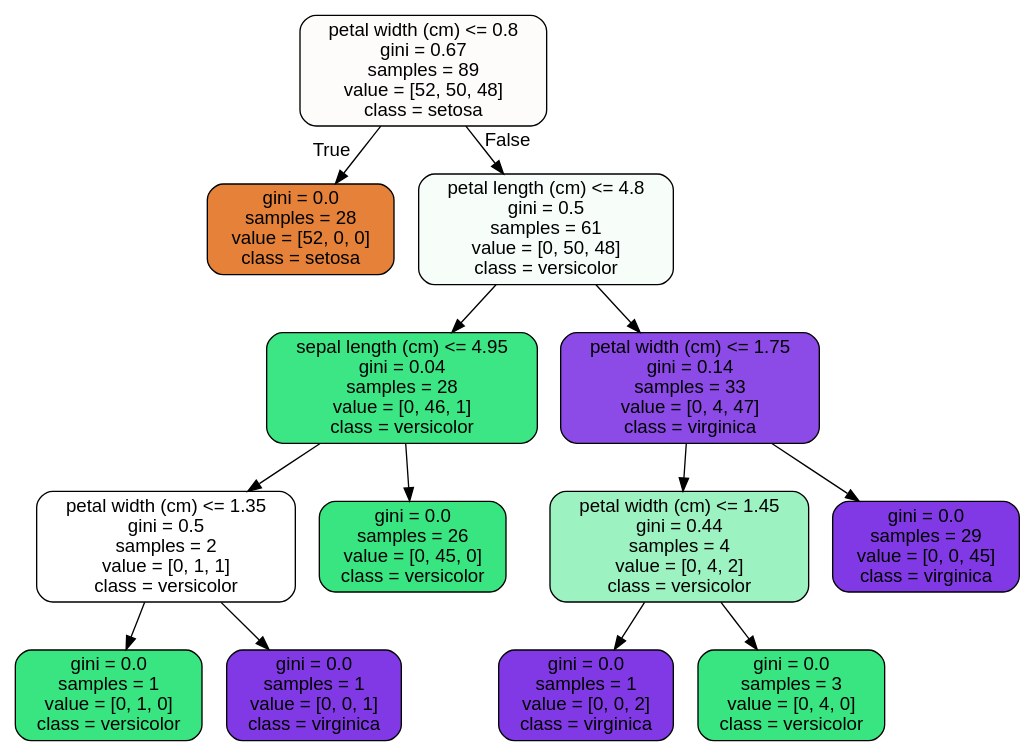
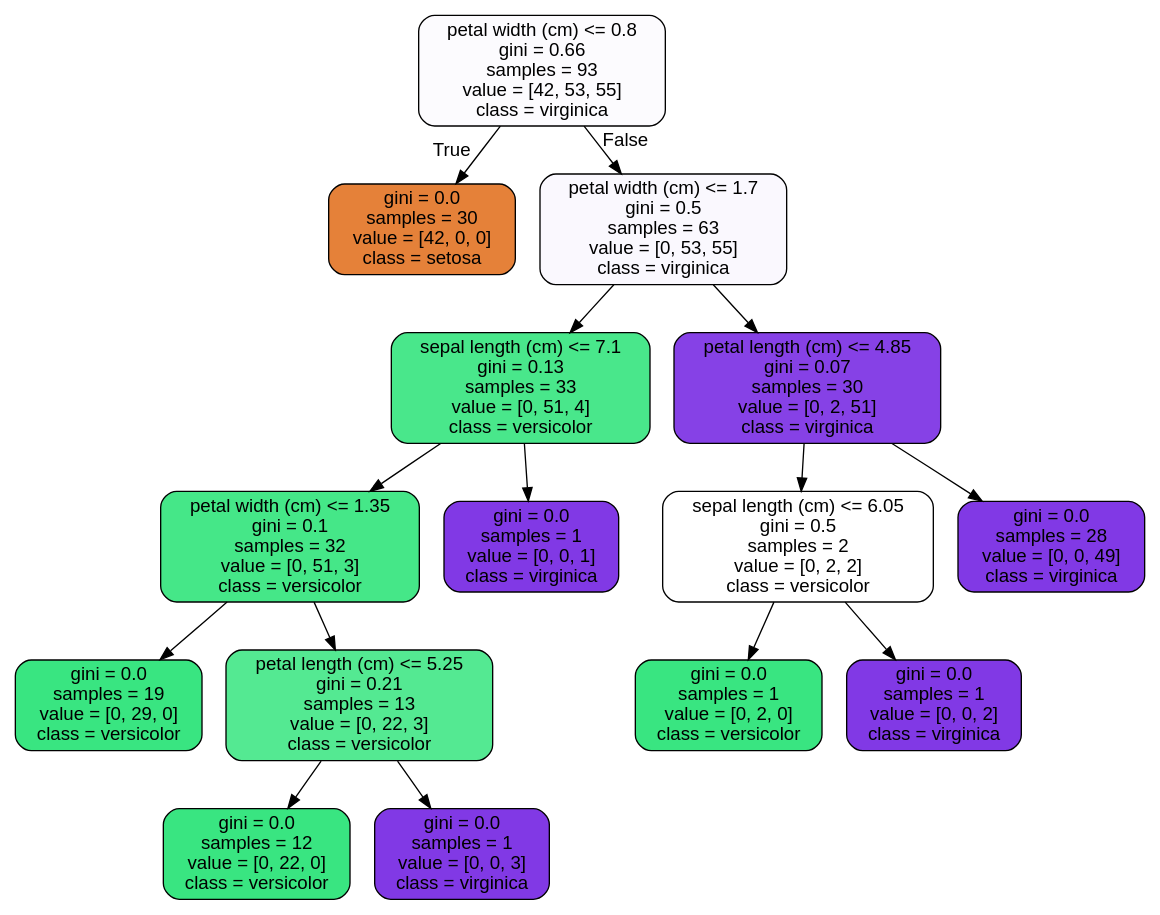
Before and after one commit to Seismic-Striker/Springboard_and_Datacamp: the diagram in 14 Supervised Learning/RandomForest_Covid_Case_Study/tree.dot, drawn with Graphviz. The commit also changed 13 other files, not shown here.

```diff
--- a/14 Supervised Learning/RandomForest_Covid_Case_Study/tree.dot
+++ b/14 Supervised Learning/RandomForest_Covid_Case_Study/tree.dot
@@ -1,29 +1,33 @@
 digraph Tree {
 node [shape=box, style="filled, rounded", color="black", fontname="helvetica"] ;
 edge [fontname="helvetica"] ;
-0 [label="petal width (cm) <= 0.8\ngini = 0.67\nsamples = 89\nvalue = [52, 50, 48]\nclass = setosa", fillcolor="#fefcfb"] ;
-1 [label="gini = 0.0\nsamples = 28\nvalue = [52, 0, 0]\nclass = setosa", fillcolor="#e58139"] ;
+0 [label="petal width (cm) <= 0.8\ngini = 0.66\nsamples = 93\nvalue = [42, 53, 55]\nclass = virginica", fillcolor="#fcfbfe"] ;
+1 [label="gini = 0.0\nsamples = 30\nvalue = [42, 0, 0]\nclass = setosa", fillcolor="#e58139"] ;
 0 -> 1 [labeldistance=2.5, labelangle=45, headlabel="True"] ;
-2 [label="petal length (cm) <= 4.8\ngini = 0.5\nsamples = 61\nvalue = [0, 50, 48]\nclass = versicolor", fillcolor="#f7fefa"] ;
+2 [label="petal width (cm) <= 1.7\ngini = 0.5\nsamples = 63\nvalue = [0, 53, 55]\nclass = virginica", fillcolor="#faf8fe"] ;
 0 -> 2 [labeldistance=2.5, labelangle=-45, headlabel="False"] ;
-3 [label="sepal length (cm) <= 4.95\ngini = 0.04\nsamples = 28\nvalue = [0, 46, 1]\nclass = versicolor", fillcolor="#3de684"] ;
+3 [label="sepal length (cm) <= 7.1\ngini = 0.13\nsamples = 33\nvalue = [0, 51, 4]\nclass = versicolor", fillcolor="#49e78b"] ;
 2 -> 3 ;
-4 [label="petal width (cm) <= 1.35\ngini = 0.5\nsamples = 2\nvalue = [0, 1, 1]\nclass = versicolor", fillcolor="#ffffff"] ;
+4 [label="petal width (cm) <= 1.35\ngini = 0.1\nsamples = 32\nvalue = [0, 51, 3]\nclass = versicolor", fillcolor="#45e788"] ;
 3 -> 4 ;
-5 [label="gini = 0.0\nsamples = 1\nvalue = [0, 1, 0]\nclass = versicolor", fillcolor="#39e581"] ;
+5 [label="gini = 0.0\nsamples = 19\nvalue = [0, 29, 0]\nclass = versicolor", fillcolor="#39e581"] ;
 4 -> 5 ;
-6 [label="gini = 0.0\nsamples = 1\nvalue = [0, 0, 1]\nclass = virginica", fillcolor="#8139e5"] ;
+6 [label="petal length (cm) <= 5.25\ngini = 0.21\nsamples = 13\nvalue = [0, 22, 3]\nclass = versicolor", fillcolor="#54e992"] ;
 4 -> 6 ;
-7 [label="gini = 0.0\nsamples = 26\nvalue = [0, 45, 0]\nclass = versicolor", fillcolor="#39e581"] ;
-3 -> 7 ;
-8 [label="petal width (cm) <= 1.75\ngini = 0.14\nsamples = 33\nvalue = [0, 4, 47]\nclass = virginica", fillcolor="#8c4ae7"] ;
-2 -> 8 ;
-9 [label="petal width (cm) <= 1.45\ngini = 0.44\nsamples = 4\nvalue = [0, 4, 2]\nclass = versicolor", fillcolor="#9cf2c0"] ;
-8 -> 9 ;
-10 [label="gini = 0.0\nsamples = 1\nvalue = [0, 0, 2]\nclass = virginica", fillcolor="#8139e5"] ;
-9 -> 10 ;
-11 [label="gini = 0.0\nsamples = 3\nvalue = [0, 4, 0]\nclass = versicolor", fillcolor="#39e581"] ;
-9 -> 11 ;
-12 [label="gini = 0.0\nsamples = 29\nvalue = [0, 0, 45]\nclass = virginica", fillcolor="#8139e5"] ;
-8 -> 12 ;
+7 [label="gini = 0.0\nsamples = 12\nvalue = [0, 22, 0]\nclass = versicolor", fillcolor="#39e581"] ;
+6 -> 7 ;
+8 [label="gini = 0.0\nsamples = 1\nvalue = [0, 0, 3]\nclass = virginica", fillcolor="#8139e5"] ;
+6 -> 8 ;
+9 [label="gini = 0.0\nsamples = 1\nvalue = [0, 0, 1]\nclass = virginica", fillcolor="#8139e5"] ;
+3 -> 9 ;
+10 [label="petal length (cm) <= 4.85\ngini = 0.07\nsamples = 30\nvalue = [0, 2, 51]\nclass = virginica", fillcolor="#8641e6"] ;
+2 -> 10 ;
+11 [label="sepal length (cm) <= 6.05\ngini = 0.5\nsamples = 2\nvalue = [0, 2, 2]\nclass = versicolor", fillcolor="#ffffff"] ;
+10 -> 11 ;
+12 [label="gini = 0.0\nsamples = 1\nvalue = [0, 2, 0]\nclass = versicolor", fillcolor="#39e581"] ;
+11 -> 12 ;
+13 [label="gini = 0.0\nsamples = 1\nvalue = [0, 0, 2]\nclass = virginica", fillcolor="#8139e5"] ;
+11 -> 13 ;
+14 [label="gini = 0.0\nsamples = 28\nvalue = [0, 0, 49]\nclass = virginica", fillcolor="#8139e5"] ;
+10 -> 14 ;
 }
```
